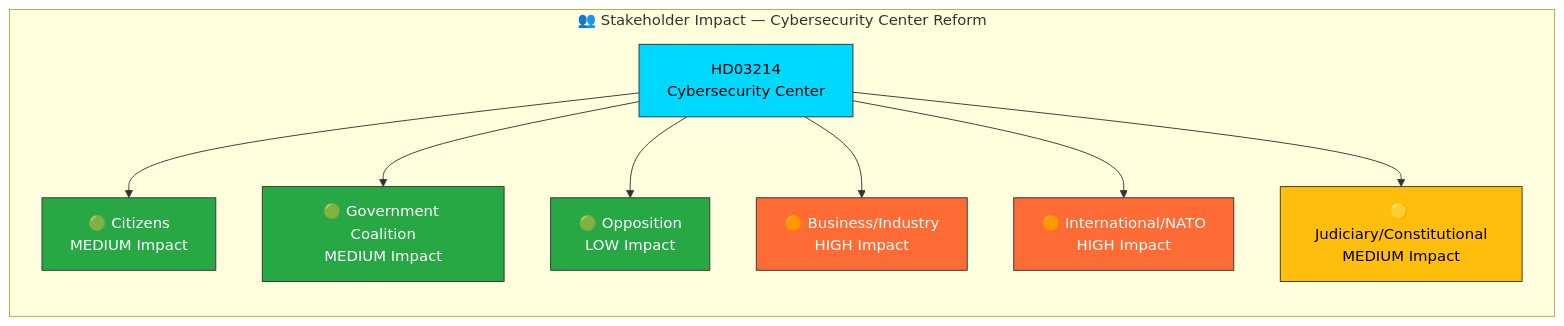
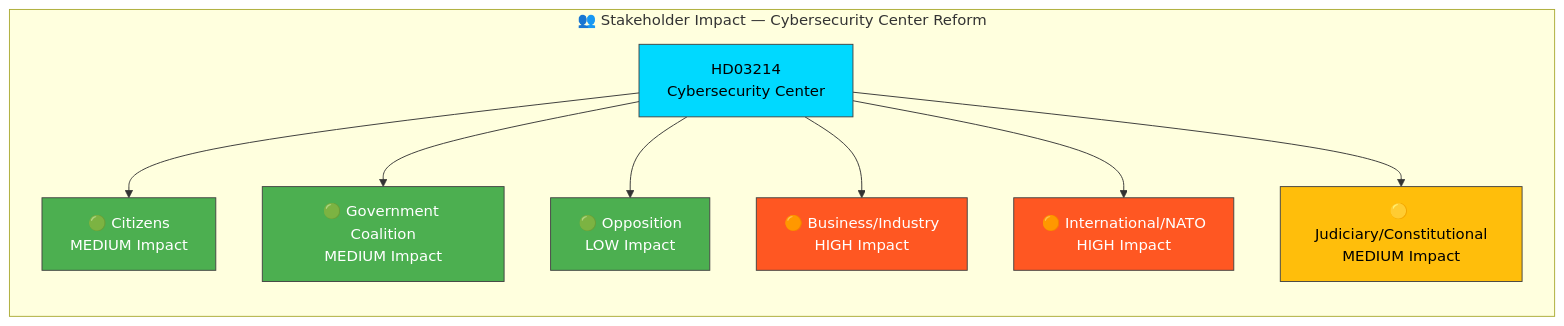
One commit to Hack23/riksdagsmonitor changed the diagram in analysis/daily/2026-04-03/deep-inspection/stakeholder-perspectives.md. Above: the diagram before and after it, drawn with Mermaid. The commit also changed 785 other files, not shown here.

First line of the commit message:
Normalize mermaid colors across 786 analysis artifacts to ISMS Style Guide palette

````diff
--- a/analysis/daily/2026-04-03/deep-inspection/stakeholder-perspectives.md
+++ b/analysis/daily/2026-04-03/deep-inspection/stakeholder-perspectives.md
@@ -12,20 +12,20 @@
 ```mermaid
 graph TD
     subgraph "👥 Stakeholder Impact — Cybersecurity Center Reform"
         direction TB
         A["HD03214<br/>Cybersecurity Center"] --> C["🟢 Citizens<br/>MEDIUM Impact"]
         A --> G["🟢 Government Coalition<br/>MEDIUM Impact"]
         A --> O["🟢 Opposition<br/>LOW Impact"]
         A --> B["🟠 Business/Industry<br/>HIGH Impact"]
         A --> I["🟠 International/NATO<br/>HIGH Impact"]
         A --> J["🟡 Judiciary/Constitutional<br/>MEDIUM Impact"]
     end
 
-    style A fill:#00d9ff,stroke:#333,color:#000
-    style C fill:#28a745,stroke:#333,color:#fff
-    style G fill:#28a745,stroke:#333,color:#fff
-    style O fill:#28a745,stroke:#333,color:#fff
-    style B fill:#ff6b35,stroke:#333,color:#fff
-    style I fill:#ff6b35,stroke:#333,color:#fff
-    style J fill:#ffbe0b,stroke:#333,color:#000
+    style A fill:#00d9ff,stroke:#424242,color:#000000
+    style C fill:#4CAF50,stroke:#424242,color:#FFFFFF
+    style G fill:#4CAF50,stroke:#424242,color:#FFFFFF
+    style O fill:#4CAF50,stroke:#424242,color:#FFFFFF
+    style B fill:#FF5722,stroke:#424242,color:#FFFFFF
+    style I fill:#FF5722,stroke:#424242,color:#FFFFFF
+    style J fill:#ffbe0b,stroke:#424242,color:#000000
 ```
````
